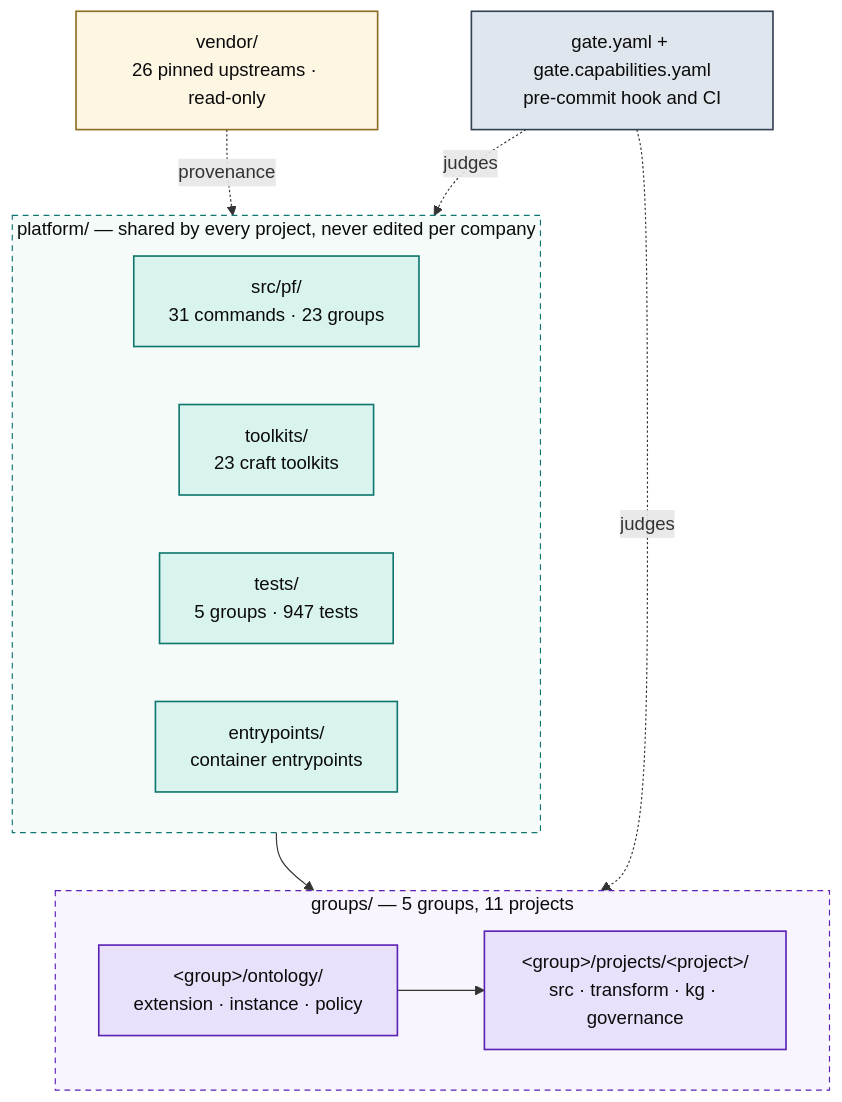
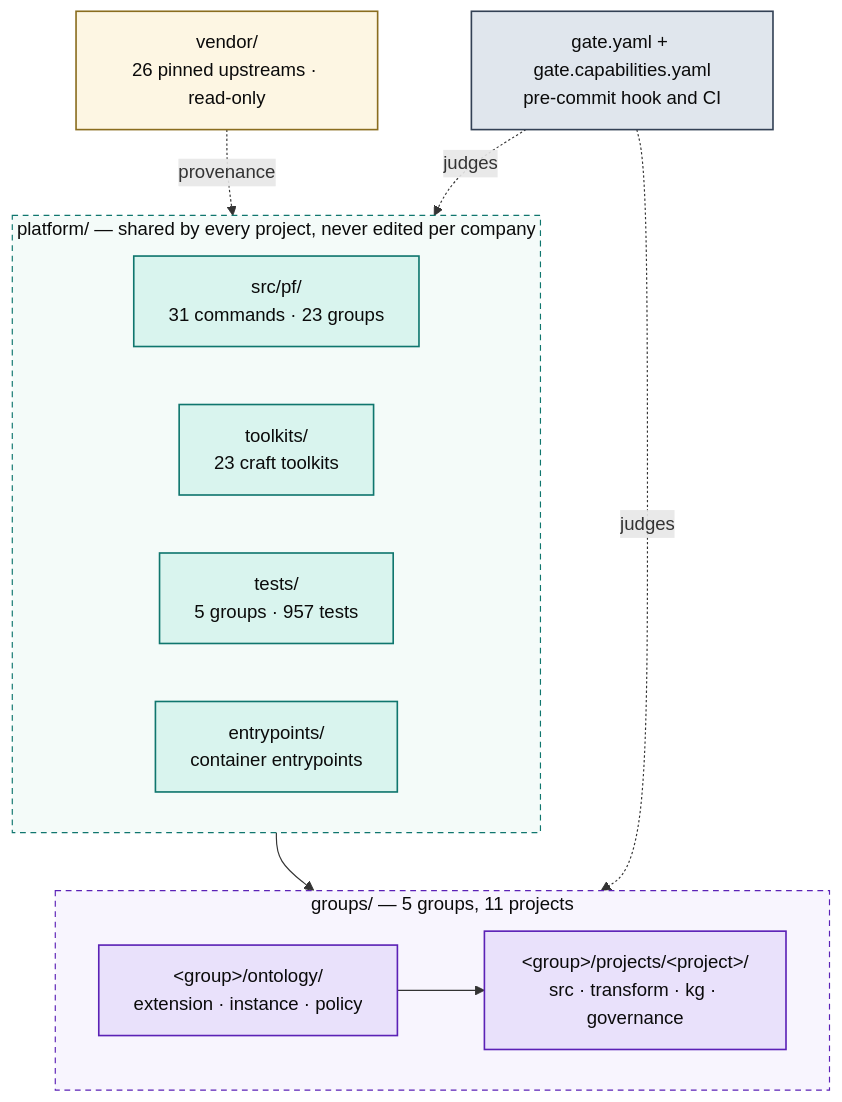
The first of 5 diagrams in docs/ARCHITECTURE.md (Atomz-org/data-platform), drawn with Mermaid before and after one commit. The commit also changed other lines of this file and 8 other files, not shown here.

````diff
--- a/docs/ARCHITECTURE.md
+++ b/docs/ARCHITECTURE.md
@@ -15,36 +15,36 @@
 ```mermaid
 flowchart TB
   subgraph SHARED["platform/ — shared by every project, never edited per company"]
     direction LR
     ENG["src/pf/<br/>31 commands · 23 groups"]
     TK["toolkits/<br/>23 craft toolkits"]
-    TST["tests/<br/>5 groups · 947 tests"]
+    TST["tests/<br/>5 groups · 957 tests"]
     ENT["entrypoints/<br/>container entrypoints"]
   end
 
   subgraph ENTITIES["groups/ — 5 groups, 11 projects"]
     direction LR
     GRP["&lt;group&gt;/ontology/<br/>extension · instance · policy"]
     PRJ["&lt;group&gt;/projects/&lt;project&gt;/<br/>src · transform · kg · governance"]
     GRP --> PRJ
   end
 
   VEN["vendor/<br/>26 pinned upstreams · read-only"]
   GATE["gate.yaml + gate.capabilities.yaml<br/>pre-commit hook and CI"]
 
   SHARED --> ENTITIES
   VEN -.provenance.-> SHARED
   GATE -.judges.-> ENTITIES
   GATE -.judges.-> SHARED
 
   classDef code fill:#d9f4ee,stroke:#0f766e,stroke-width:1.4px,color:#0b0b0b
   classDef data fill:#e9e1fb,stroke:#5b21b6,stroke-width:1.4px,color:#0b0b0b
   classDef gov fill:#e0e6ed,stroke:#334155,stroke-width:1.4px,color:#0b0b0b
   classDef ext fill:#fdf6e3,stroke:#8a6d1f,stroke-width:1.4px,color:#0b0b0b
   class ENG,TK,TST,ENT code
   class GRP,PRJ data
   class GATE gov
   class VEN ext
   style SHARED fill:#f4fbf9,stroke:#0f766e,stroke-dasharray:5 4,color:#0b0b0b
   style ENTITIES fill:#f8f5fe,stroke:#5b21b6,stroke-dasharray:5 4,color:#0b0b0b
 ```
````
